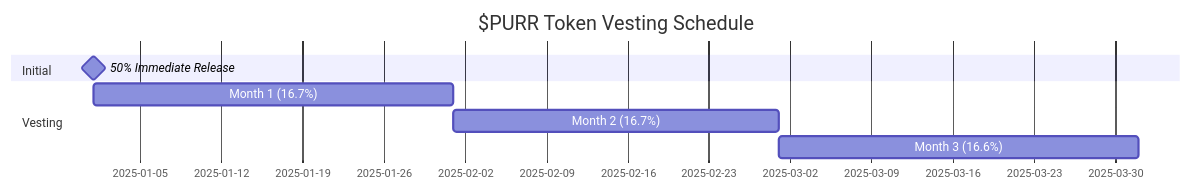
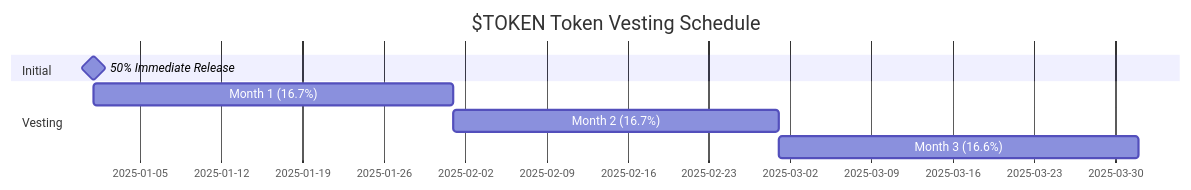
One commit to sentientpets/docs changed the diagram in Points-Conversion.mdx. Above: the diagram before and after it, drawn with Mermaid. The commit also changed other lines of this file and 5 other files, not shown here.

````diff
--- a/Points-Conversion.mdx
+++ b/Points-Conversion.mdx
@@ -89,11 +89,11 @@
 ```mermaid
 gantt
-    title $PURR Token Vesting Schedule
+    title $TOKEN Token Vesting Schedule
     dateFormat  YYYY-MM-DD
     section Initial
     50% Immediate Release : milestone, 2025-01-01, 0d
     section Vesting
     Month 1 (16.7%) : 2025-01-01, 31d
     Month 2 (16.7%) : 2025-02-01, 28d
     Month 3 (16.6%) : 2025-03-01, 31d
 ```
````
